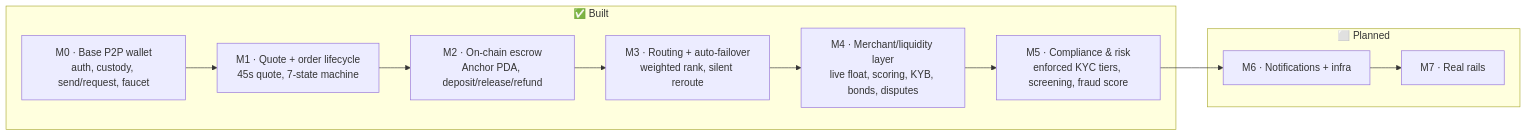
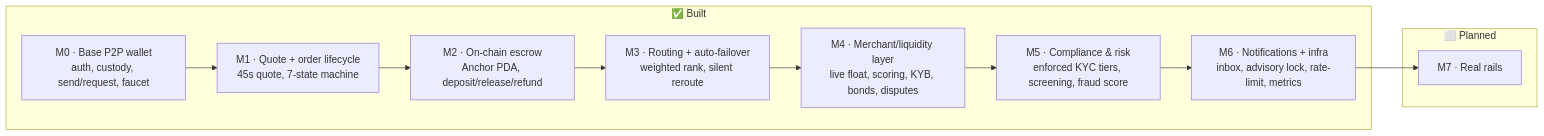
The diagram in monorepo/docs/12-status-and-roadmap.md (unabrijed/frenspay), drawn with Mermaid before and after one commit. The commit also changed other lines of this file and 9 other files, not shown here.

First line of the commit message:
docs: M6 ✅ + new 14-notifications-and-infra; regenerate PDF

````diff
--- a/monorepo/docs/12-status-and-roadmap.md
+++ b/monorepo/docs/12-status-and-roadmap.md
@@ -8,16 +8,16 @@
 ```mermaid
 flowchart LR
     subgraph done["✅ Built"]
       M0["M0 · Base P2P wallet<br/>auth, custody, send/request, faucet"]
       M1["M1 · Quote + order lifecycle<br/>45s quote, 7-state machine"]
       M2["M2 · On-chain escrow<br/>Anchor PDA, deposit/release/refund"]
       M3["M3 · Routing + auto-failover<br/>weighted rank, silent reroute"]
       M4["M4 · Merchant/liquidity layer<br/>live float, scoring, KYB, bonds, disputes"]
       M5["M5 · Compliance & risk<br/>enforced KYC tiers, screening, fraud score"]
+      M6["M6 · Notifications + infra<br/>inbox, advisory lock, rate-limit, metrics"]
     end
     subgraph planned["⬜ Planned"]
-      M6["M6 · Notifications + infra"]
       M7["M7 · Real rails"]
     end
     M0 --> M1 --> M2 --> M3 --> M4 --> M5 --> M6 --> M7
 ```
````
